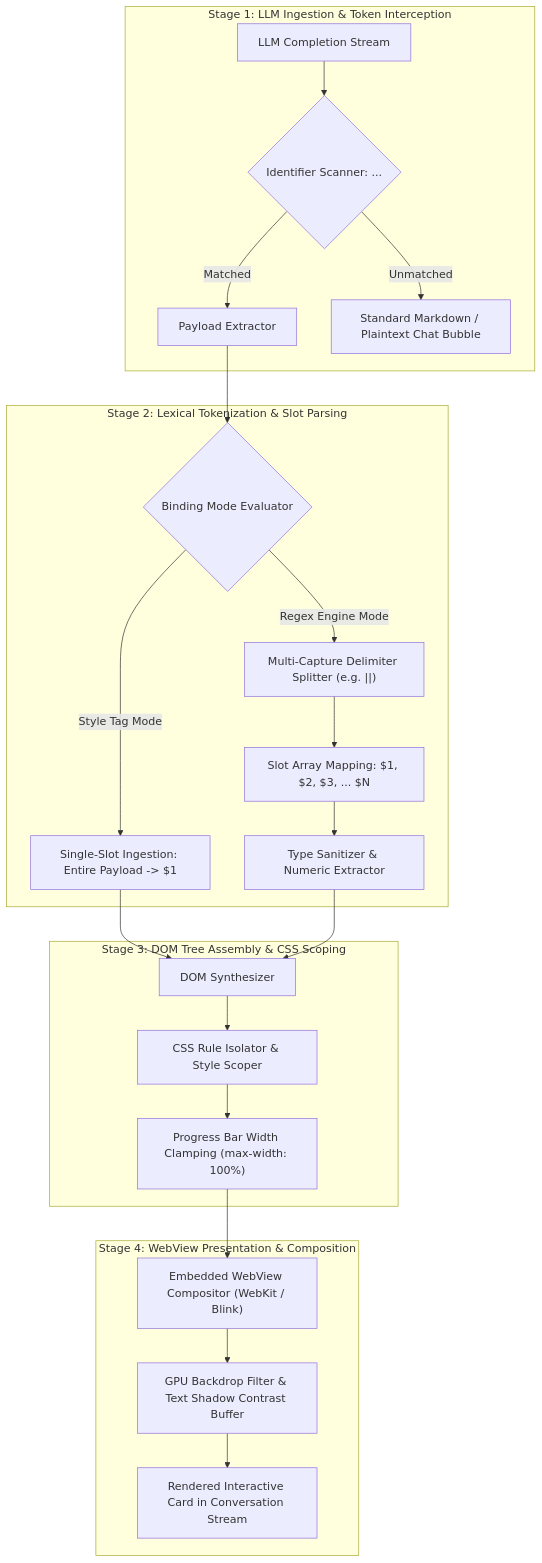
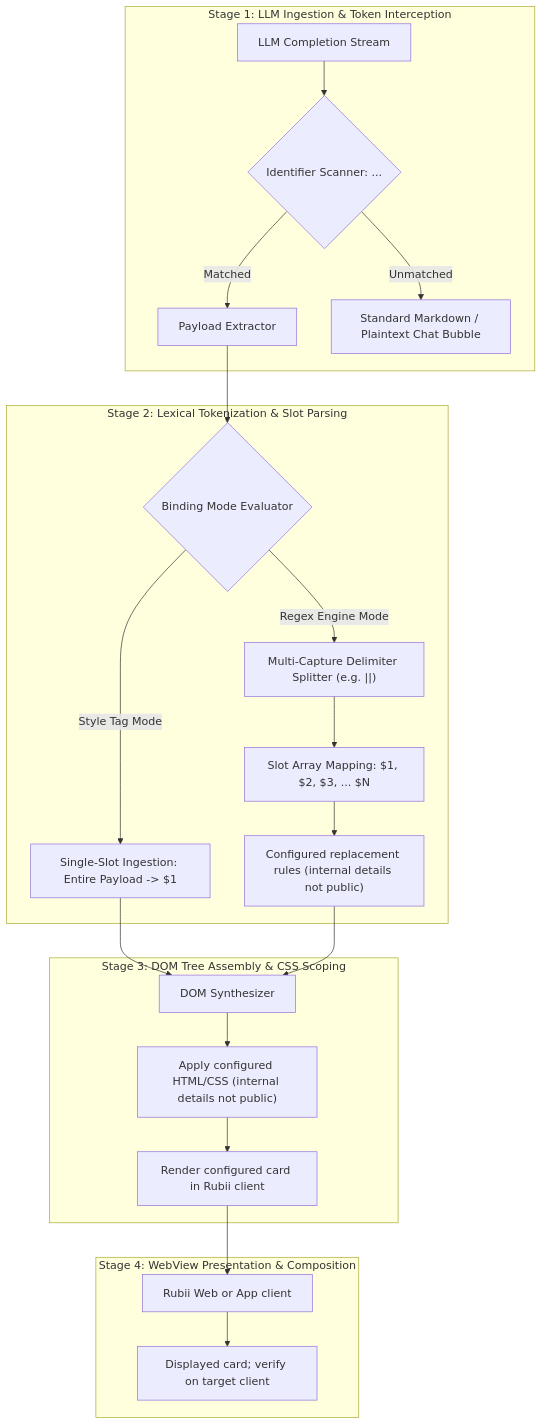
Before and after one commit to jadesolju/Snippet-Studio: the first of 6 diagrams in RUBII_SYSTEM_ARCHITECTURE_AND_ENGINEERING_SPECIFICATION.md, drawn with Mermaid. The commit also changed other lines of this file and 4 other files, not shown here.

````diff
--- a/RUBII_SYSTEM_ARCHITECTURE_AND_ENGINEERING_SPECIFICATION.md
+++ b/RUBII_SYSTEM_ARCHITECTURE_AND_ENGINEERING_SPECIFICATION.md
@@ -40,29 +40,28 @@
 ```mermaid
 flowchart TD
     subgraph Stage1["Stage 1: LLM Ingestion & Token Interception"]
         A1["LLM Completion Stream"] --> A2{"Identifier Scanner: <tag>...</tag>"}
         A2 -->|"Matched"| A3["Payload Extractor"]
         A2 -->|"Unmatched"| A4["Standard Markdown / Plaintext Chat Bubble"]
     end
 
     subgraph Stage2["Stage 2: Lexical Tokenization & Slot Parsing"]
         A3 --> B1{"Binding Mode Evaluator"}
         B1 -->|"Style Tag Mode"| B2["Single-Slot Ingestion: Entire Payload -> $1"]
         B1 -->|"Regex Engine Mode"| B3["Multi-Capture Delimiter Splitter (e.g. ||)"]
         B3 --> B4["Slot Array Mapping: $1, $2, $3, ... $N"]
-        B4 --> B5["Type Sanitizer & Numeric Extractor"]
+        B4 --> B5["Configured replacement rules (internal details not public)"]
     end
 
     subgraph Stage3["Stage 3: DOM Tree Assembly & CSS Scoping"]
         B2 --> C1["DOM Synthesizer"]
         B5 --> C1
-        C1 --> C2["CSS Rule Isolator & Style Scoper"]
-        C2 --> C3["Progress Bar Width Clamping (max-width: 100%)"]
+        C1 --> C2["Apply configured HTML/CSS (internal details not public)"]
+        C2 --> C3["Render configured card in Rubii client"]
     end
 
     subgraph Stage4["Stage 4: WebView Presentation & Composition"]
-        C3 --> D1["Embedded WebView Compositor (WebKit / Blink)"]
-        D1 --> D2["GPU Backdrop Filter & Text Shadow Contrast Buffer"]
-        D2 --> D3["Rendered Interactive Card in Conversation Stream"]
+        C3 --> D1["Rubii Web or App client"]
+        D1 --> D2["Displayed card; verify on target client"]
     end
 ```
````
